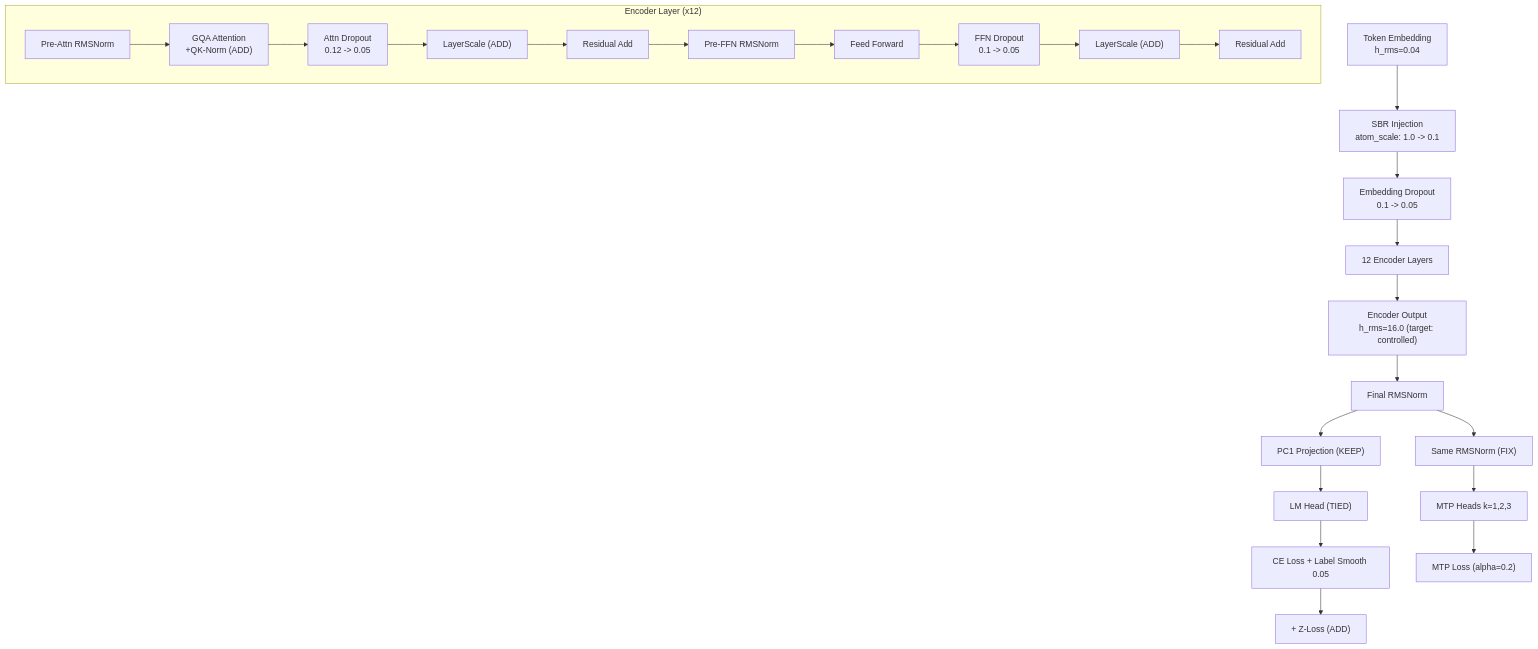
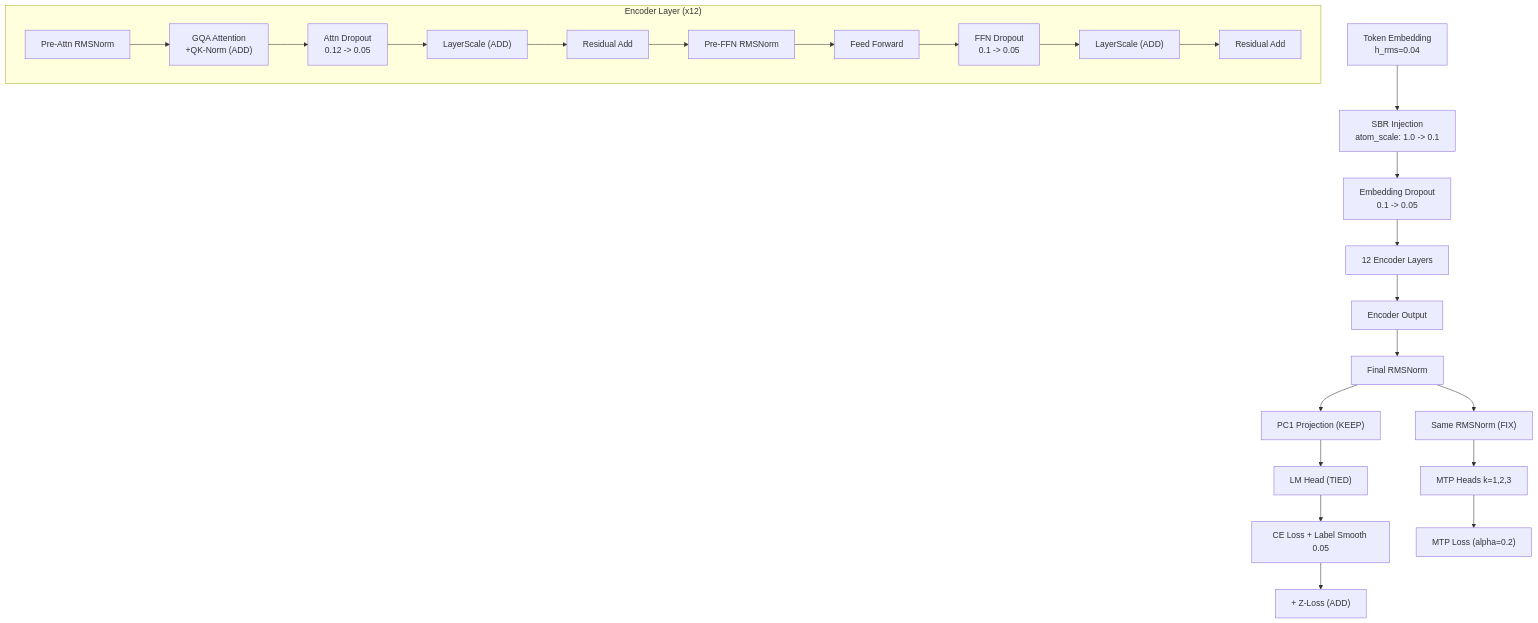
Before and after one commit to Reaper3825/G.R.I.M: the diagram in .cursor/plans/method_coherence_audit_d7a0ed63.plan.md, drawn with Mermaid. The commit also changed other lines of this file and 11 other files, not shown here.

````diff
--- a/.cursor/plans/method_coherence_audit_d7a0ed63.plan.md
+++ b/.cursor/plans/method_coherence_audit_d7a0ed63.plan.md
@@ -218,31 +233,31 @@
 ```mermaid
 flowchart TD
     Embed["Token Embedding<br/>h_rms=0.04"] --> SBR["SBR Injection<br/>atom_scale: 1.0 -> 0.1"]
     SBR --> EmbDrop["Embedding Dropout<br/>0.1 -> 0.05"]
     EmbDrop --> Enc["12 Encoder Layers"]
     
     subgraph encoder ["Encoder Layer (x12)"]
         RMS1["Pre-Attn RMSNorm"] --> Attn["GQA Attention<br/>+QK-Norm (ADD)"]
         Attn --> AttnDrop["Attn Dropout<br/>0.12 -> 0.05"]
         AttnDrop --> LS1["LayerScale (ADD)"]
         LS1 --> Res1["Residual Add"]
         Res1 --> RMS2["Pre-FFN RMSNorm"]
         RMS2 --> FFN["Feed Forward"]
         FFN --> FFNDrop["FFN Dropout<br/>0.1 -> 0.05"]
         FFNDrop --> LS2["LayerScale (ADD)"]
         LS2 --> Res2["Residual Add"]
     end
     
-    Enc --> EncoderOut["Encoder Output<br/>h_rms=16.0 (target: controlled)"]
+    Enc --> EncoderOut["Encoder Output"]
     
     EncoderOut --> FinalRMS["Final RMSNorm"]
     FinalRMS --> PC1["PC1 Projection (KEEP)"]
     PC1 --> LMHead["LM Head (TIED)"]
     
     FinalRMS --> MTPNorm["Same RMSNorm (FIX)"]
     MTPNorm --> MTPHeads["MTP Heads k=1,2,3"]
     
     LMHead --> MainLoss["CE Loss + Label Smooth 0.05"]
     MTPHeads --> MTPLoss["MTP Loss (alpha=0.2)"]
     MainLoss --> ZLoss["+ Z-Loss (ADD)"]
 ```
````
